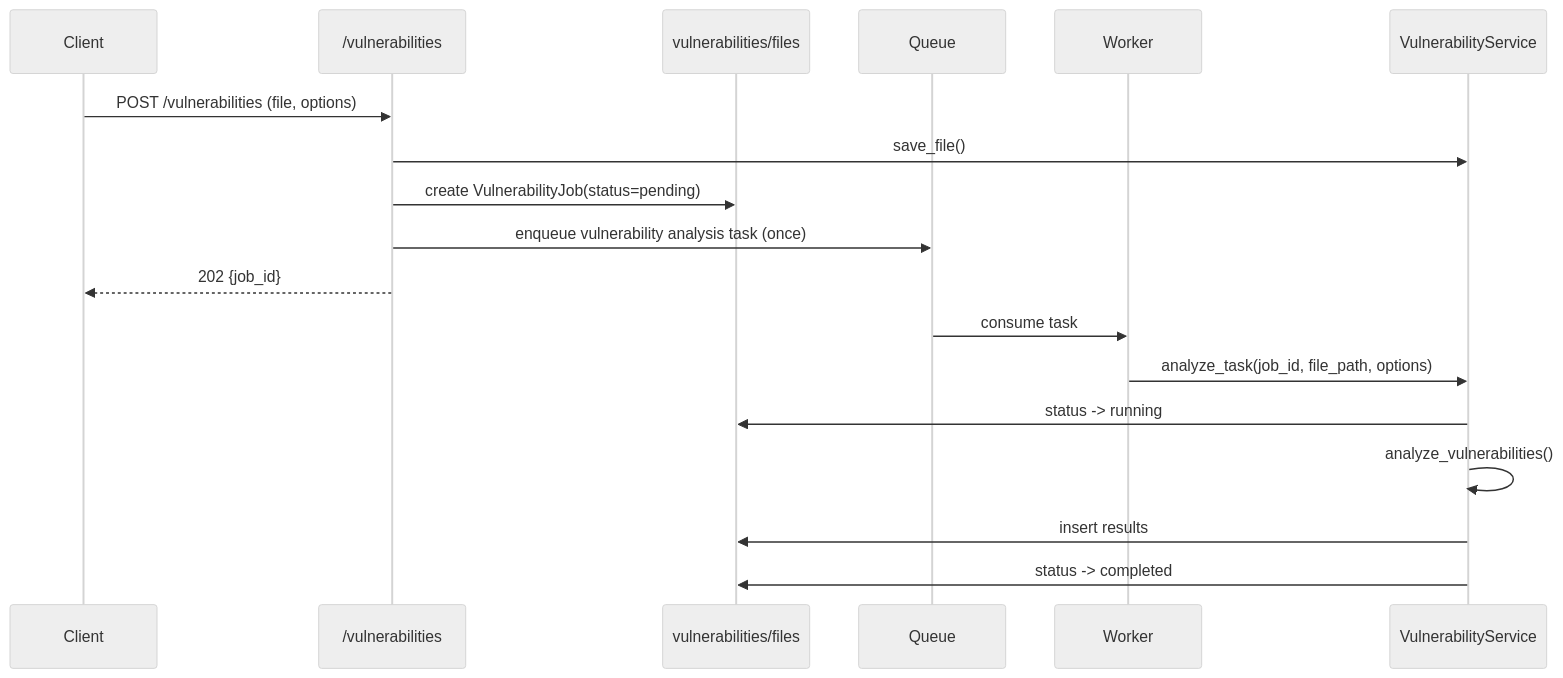
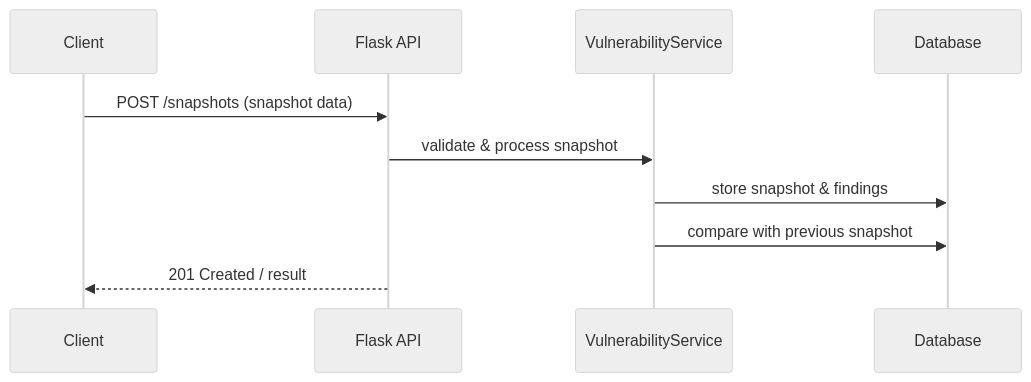
One commit to jinikimm/vuln-change-monitor changed the second of 2 diagrams in README.md. Above: the diagram before and after it, drawn with Mermaid (neutral theme). The commit also changed other lines of this file, not shown here.

````diff
--- a/README.md
+++ b/README.md
@@ -59,22 +28,13 @@
 ```mermaid
 sequenceDiagram
-  participant C as Client
-  participant API as /vulnerabilities
-  participant DB as vulnerabilities/files
-  participant Q as Queue
-  participant W as Worker
-  participant VS as VulnerabilityService
+    participant C as Client
+    participant API as Flask API
+    participant S as VulnerabilityService
+    participant DB as Database
 
-  C->>API: POST /vulnerabilities (file, options)
-  API->>VS: save_file()
-  API->>DB: create VulnerabilityJob(status=pending)
-  API->>Q: enqueue vulnerability analysis task (once)
-  API-->>C: 202 {job_id}
-
-  Q->>W: consume task
-  W->>VS: analyze_task(job_id, file_path, options)
-  VS->>DB: status -> running
-  VS->>VS: analyze_vulnerabilities()
-  VS->>DB: insert results
-  VS->>DB: status -> completed
+    C->>API: POST /snapshots (snapshot data)
+    API->>S: validate & process snapshot
+    S->>DB: store snapshot & findings
+    S->>DB: compare with previous snapshot
+    API-->>C: 201 Created / result
 ```
````
